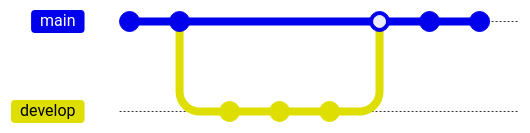
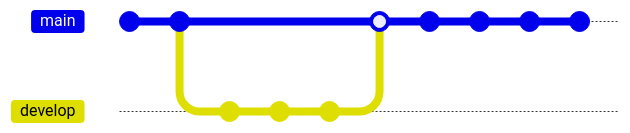
One commit to Panyapron/git-demo changed the diagram in GIT.md. Above: the diagram before and after it, drawn with Mermaid. Commit ids are hidden.

Commit message:
docs(fix): add commit

````diff
--- a/GIT.md
+++ b/GIT.md
@@ -1,13 +1,15 @@
 ```mermaid
     gitGraph
        commit id: "init"
        commit
        branch develop
        commit
        commit
        commit
        checkout main
        merge develop
        commit
        commit
+       commit
+       commit
 ```
````
